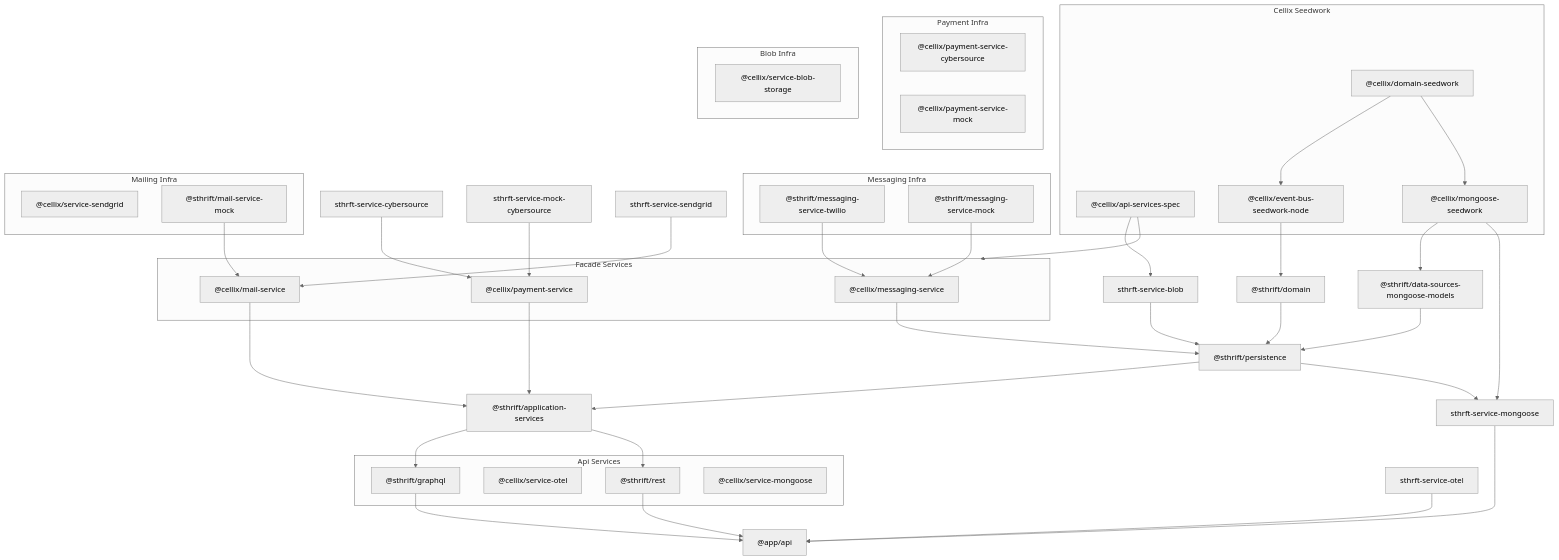
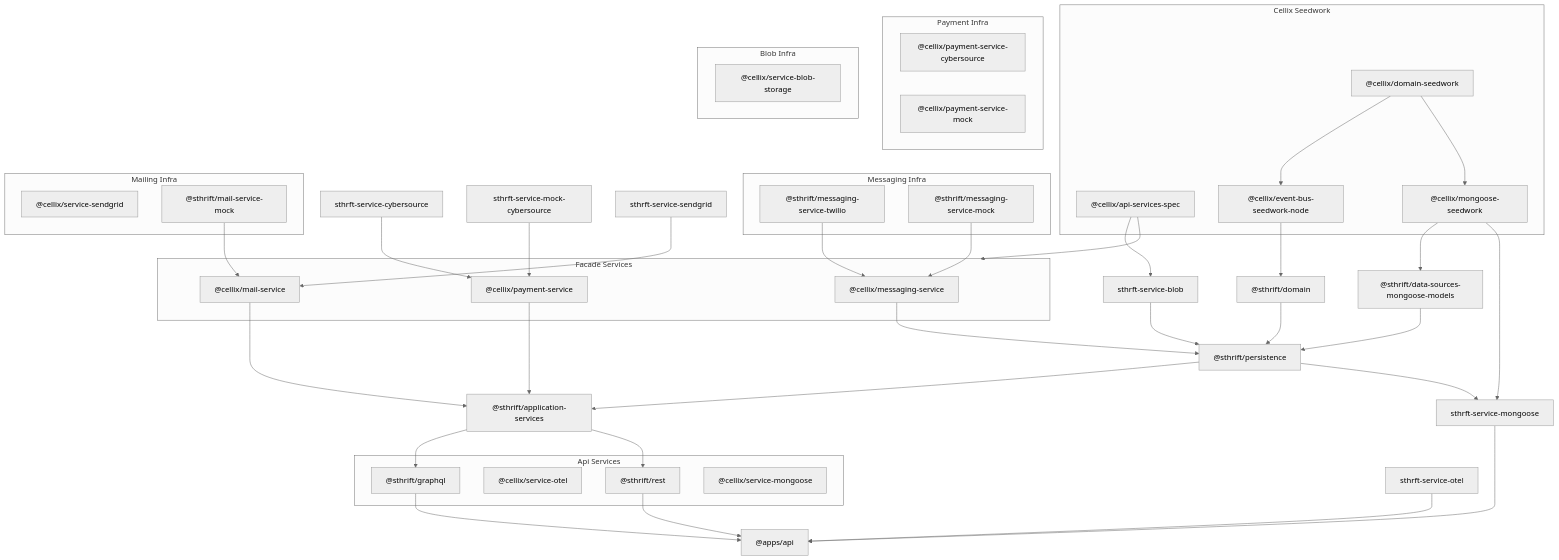
One commit to simnova/sharethrift changed the diagram in documents/architecture-diagram.md. Above: the diagram before and after it, drawn with Mermaid (neutral theme). The commit also changed 17 other files, not shown here.

````diff
--- a/documents/architecture-diagram.md
+++ b/documents/architecture-diagram.md
@@ -65,7 +65,7 @@
   end
 
   %% API Entrypoint (bottom)
-  sthrft-api["@app/api"]
+  sthrft-api["@apps/api"]
 
   %% Connections
   cellix-domain-seedwork --> cellix-event-bus-seedwork-node
@@ -115,5 +115,5 @@
   sthrft-rest --> sthrft-api
 
   %% API entrypoint
-  sthrft-api["@app/api"]
+  sthrft-api["@apps/api"]
 ```
````
